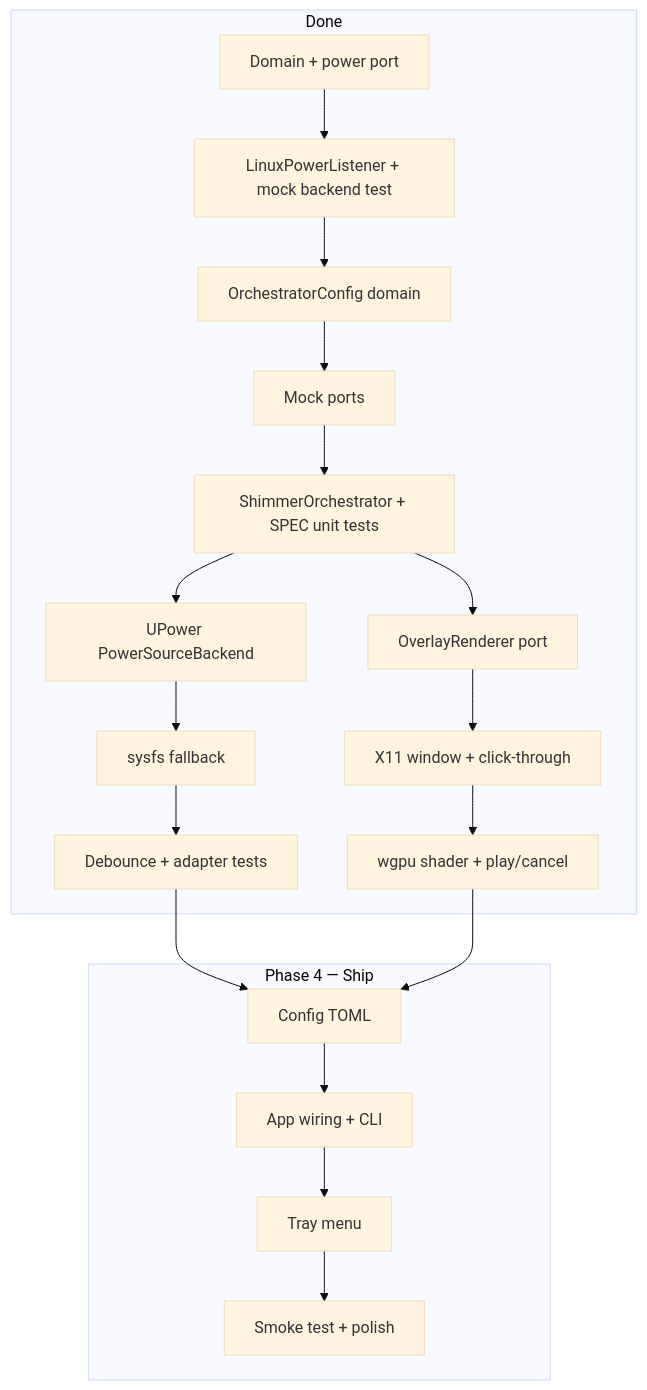
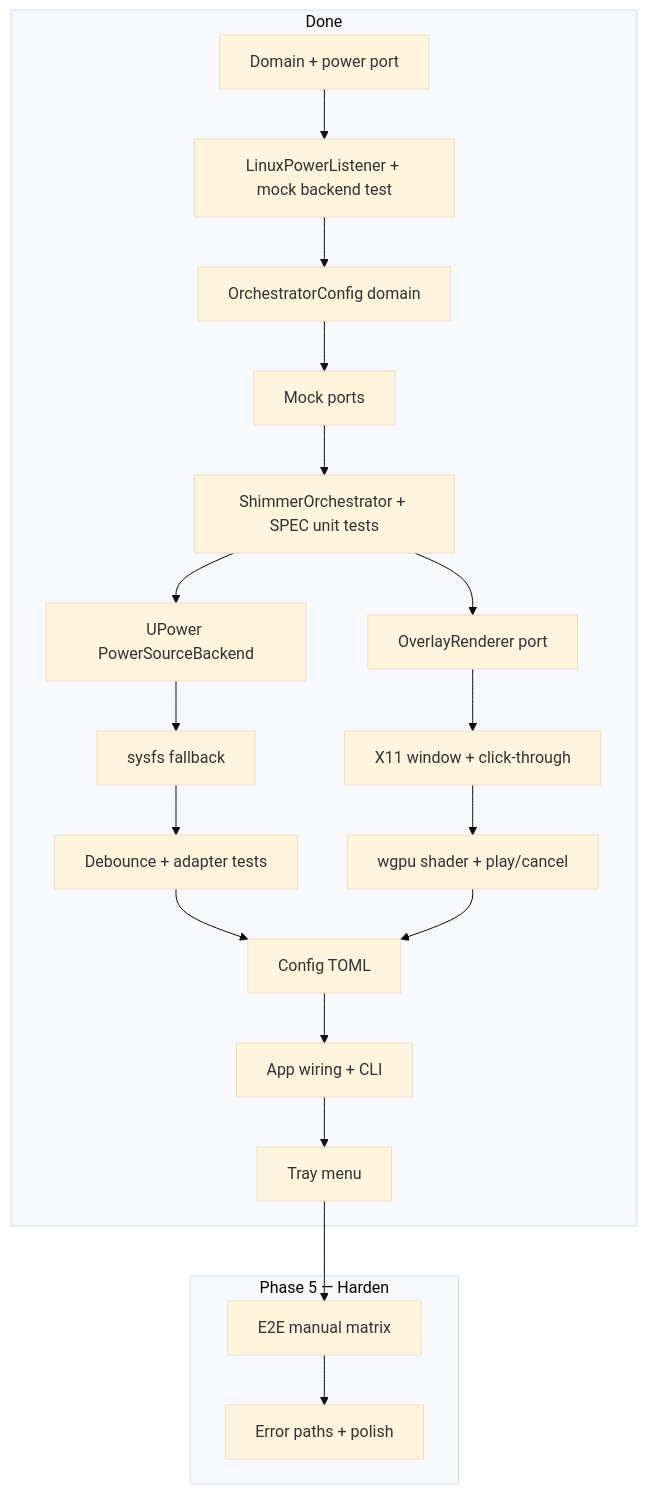
Before and after one commit to CraigKnoblauch/power-shimmer: the diagram in ROADMAP.md, drawn with Mermaid (base theme). The commit also changed other lines of this file and 21 other files, not shown here.

````diff
--- a/ROADMAP.md
+++ b/ROADMAP.md
@@ -55,28 +57,29 @@
 ```mermaid
 flowchart TD
     subgraph done [Done]
         A[Domain + power port]
         B[LinuxPowerListener + mock backend test]
         C[OrchestratorConfig domain]
         D[Mock ports]
         I[OverlayRenderer port]
         E[ShimmerOrchestrator + SPEC unit tests]
         F[UPower PowerSourceBackend]
         G[sysfs fallback]
         H[Debounce + adapter tests]
         J[X11 window + click-through]
         K[wgpu shader + play/cancel]
-    end
-    subgraph p4 [Phase 4 — Ship]
         L[Config TOML]
         M[App wiring + CLI]
         N[Tray menu]
-        O[Smoke test + polish]
+    end
+    subgraph p5 [Phase 5 — Harden]
+        O[E2E manual matrix]
+        P[Error paths + polish]
     end
     A --> B --> C --> D --> E
     E --> F --> G --> H
     E --> I --> J --> K
     H --> L
     K --> L
-    L --> M --> N --> O
+    L --> M --> N --> O --> P
 ```
````
